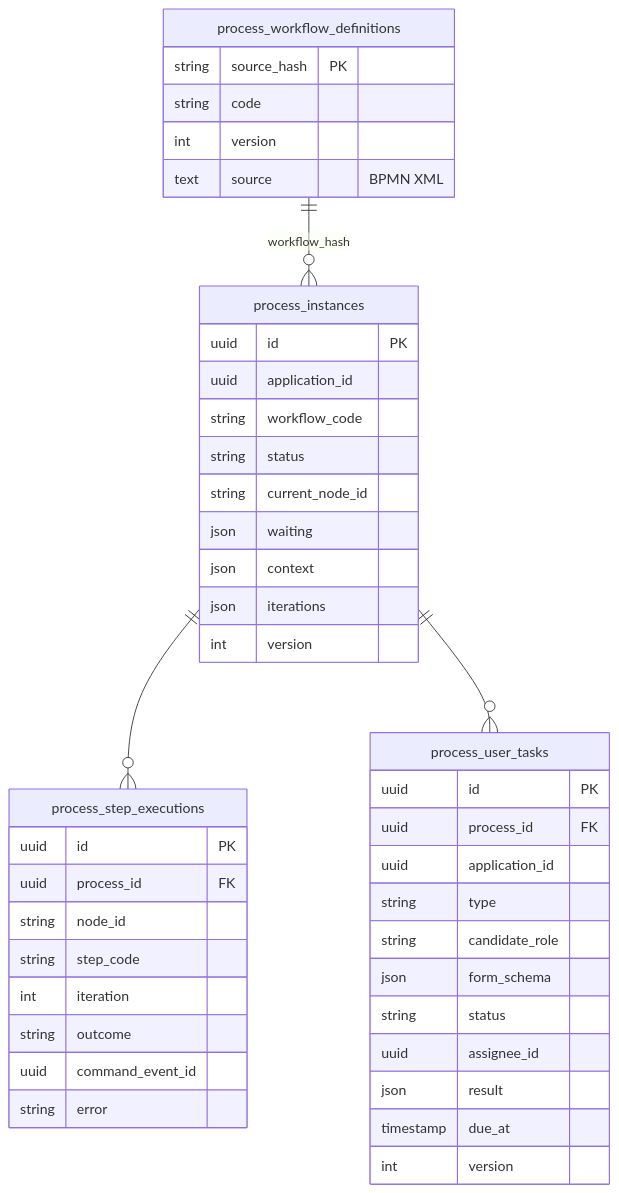
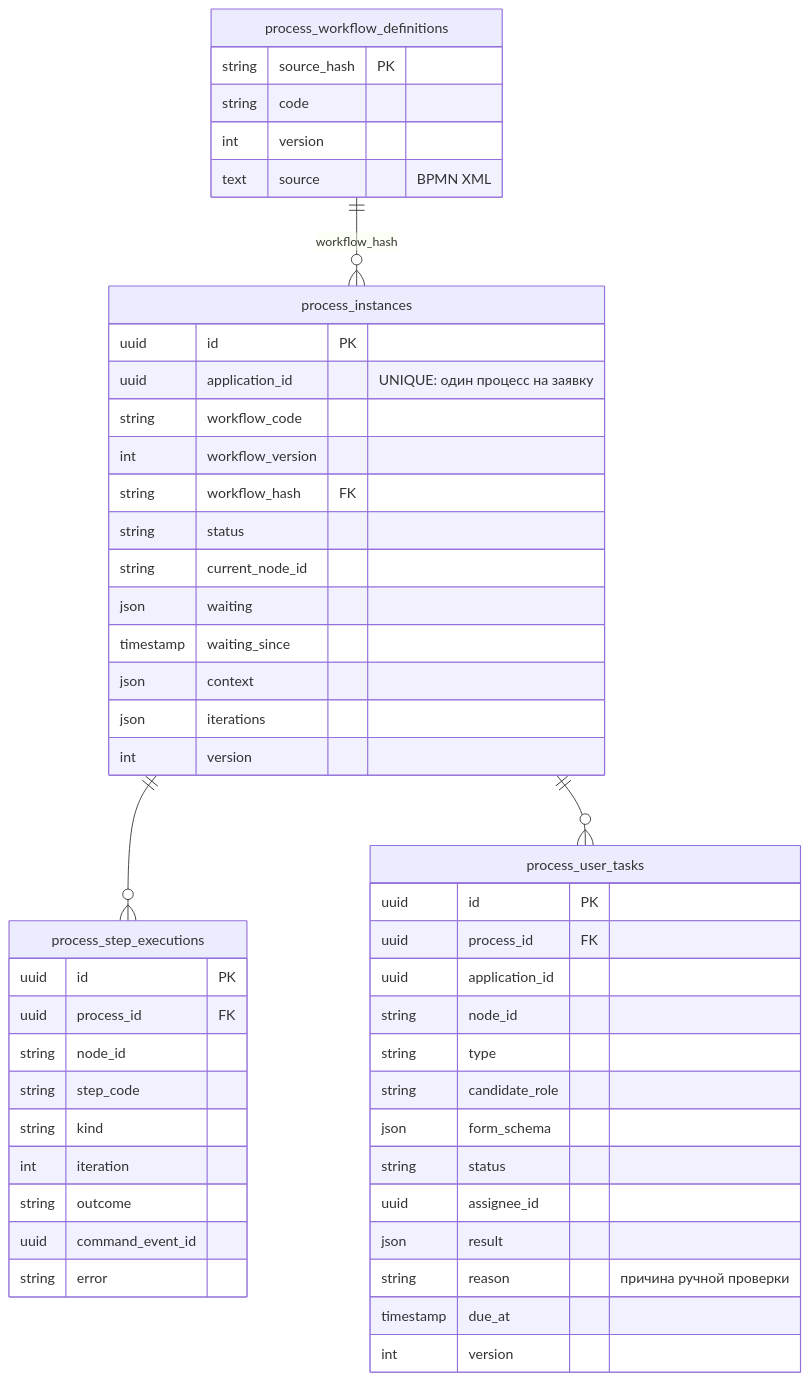
One commit to 1nsanexeEZ/hackaton_alfabank_2026 changed the third of 9 diagrams in docs/data-model.md. Above: the diagram before and after it, drawn with Mermaid. The commit also changed other lines of this file and 41 other files, not shown here.

First line of the commit message:
docs: документация сверена с кодом — сквозная архитектура скоринга и решения, карта документов, путеводитель по API, схема draw.io со страницей скоринга; legacy-документы удалены (#28)

````diff
--- a/docs/data-model.md
+++ b/docs/data-model.md
@@ -193,47 +204,53 @@
 ```mermaid
 erDiagram
     process_workflow_definitions ||--o{ process_instances : "workflow_hash"
     process_instances ||--o{ process_step_executions : ""
     process_instances ||--o{ process_user_tasks : ""
 
     process_workflow_definitions {
         string source_hash PK
         string code
         int version
         text source "BPMN XML"
     }
     process_instances {
         uuid id PK
-        uuid application_id
+        uuid application_id "UNIQUE: один процесс на заявку"
         string workflow_code
+        int workflow_version
+        string workflow_hash FK
         string status
         string current_node_id
         json waiting
+        timestamp waiting_since
         json context
         json iterations
         int version
     }
     process_step_executions {
         uuid id PK
         uuid process_id FK
         string node_id
         string step_code
+        string kind
         int iteration
         string outcome
         uuid command_event_id
         string error
     }
     process_user_tasks {
         uuid id PK
         uuid process_id FK
         uuid application_id
+        string node_id
         string type
         string candidate_role
         json form_schema
         string status
         uuid assignee_id
         json result
+        string reason "причина ручной проверки"
         timestamp due_at
         int version
     }
 ```
````
